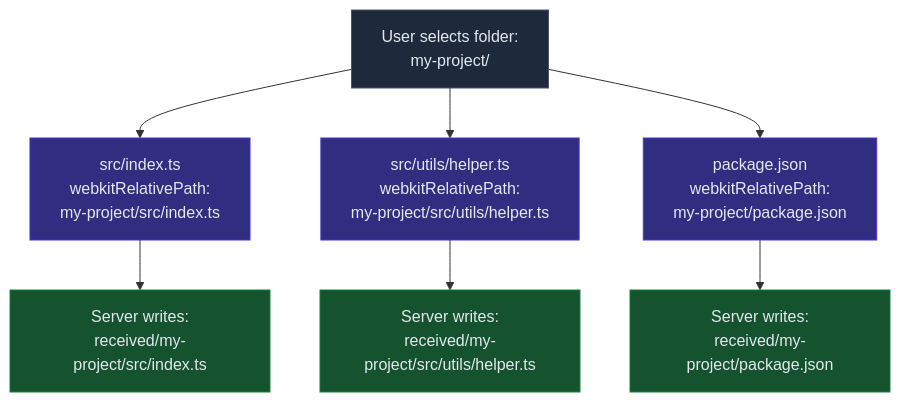
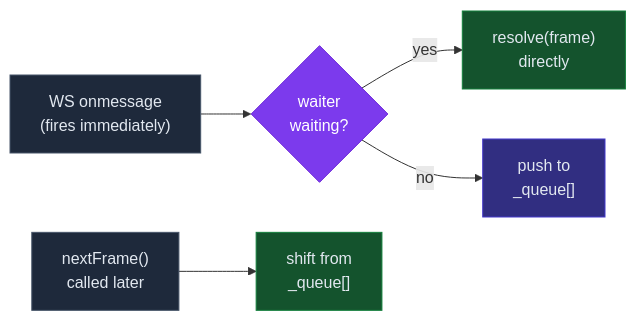
The sixth of 7 diagrams in README.md (devravinder/project-file-streamer), drawn with Mermaid before and after one commit. The commit also changed other lines of this file and 4 other files, not shown here.

````diff
--- a/README.md
+++ b/README.md
@@ -115,20 +119,21 @@
 ```mermaid
-flowchart TD
-    A["User selects folder:\nmy-project/"]
+flowchart LR
+    A["WS onmessage\n(fires immediately)"]
+    B{"waiter\nwaiting?"}
+    C["resolve(frame)\ndirectly"]
+    D["push to\n_queue[]"]
+    E["nextFrame()\ncalled later"]
+    F["shift from\n_queue[]"]
 
-    A --> B["src/index.ts\nwebkitRelativePath:\nmy-project/src/index.ts"]
-    A --> C["src/utils/helper.ts\nwebkitRelativePath:\nmy-project/src/utils/helper.ts"]
-    A --> D["package.json\nwebkitRelativePath:\nmy-project/package.json"]
-
-    B --> E["Server writes:\nreceived/my-project/src/index.ts"]
-    C --> F["Server writes:\nreceived/my-project/src/utils/helper.ts"]
-    D --> G["Server writes:\nreceived/my-project/package.json"]
+    A --> B
+    B -- yes --> C
+    B -- no  --> D
+    E --> F
 
     style A fill:#1e293b,stroke:#475569,color:#e2e8f0
-    style B fill:#312e81,stroke:#4338ca,color:#e2e8f0
-    style C fill:#312e81,stroke:#4338ca,color:#e2e8f0
+    style B fill:#7c3aed,stroke:#6d28d9,color:#fff
+    style C fill:#14532d,stroke:#15803d,color:#e2e8f0
     style D fill:#312e81,stroke:#4338ca,color:#e2e8f0
-    style E fill:#14532d,stroke:#15803d,color:#e2e8f0
+    style E fill:#1e293b,stroke:#475569,color:#e2e8f0
     style F fill:#14532d,stroke:#15803d,color:#e2e8f0
-    style G fill:#14532d,stroke:#15803d,color:#e2e8f0
 ```
````
